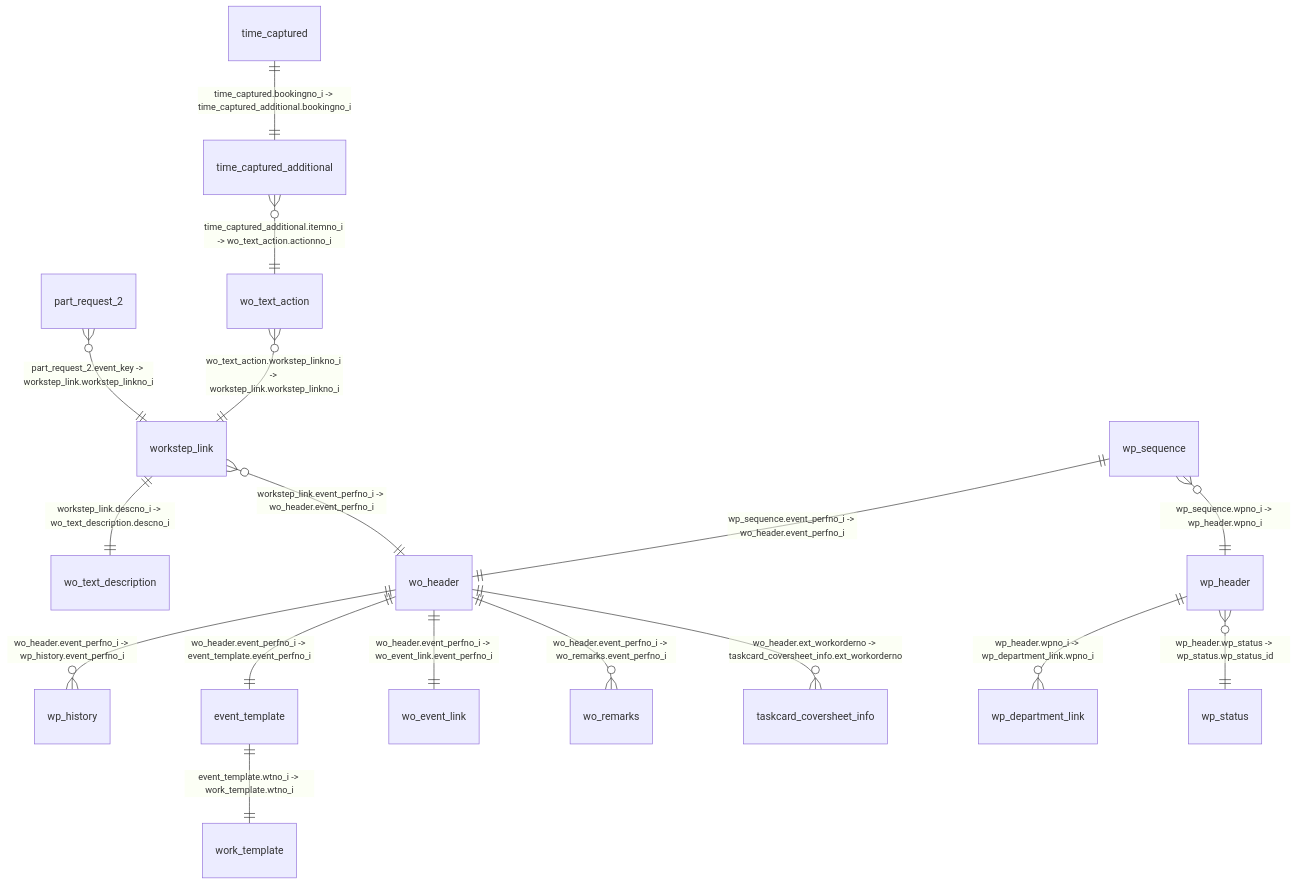
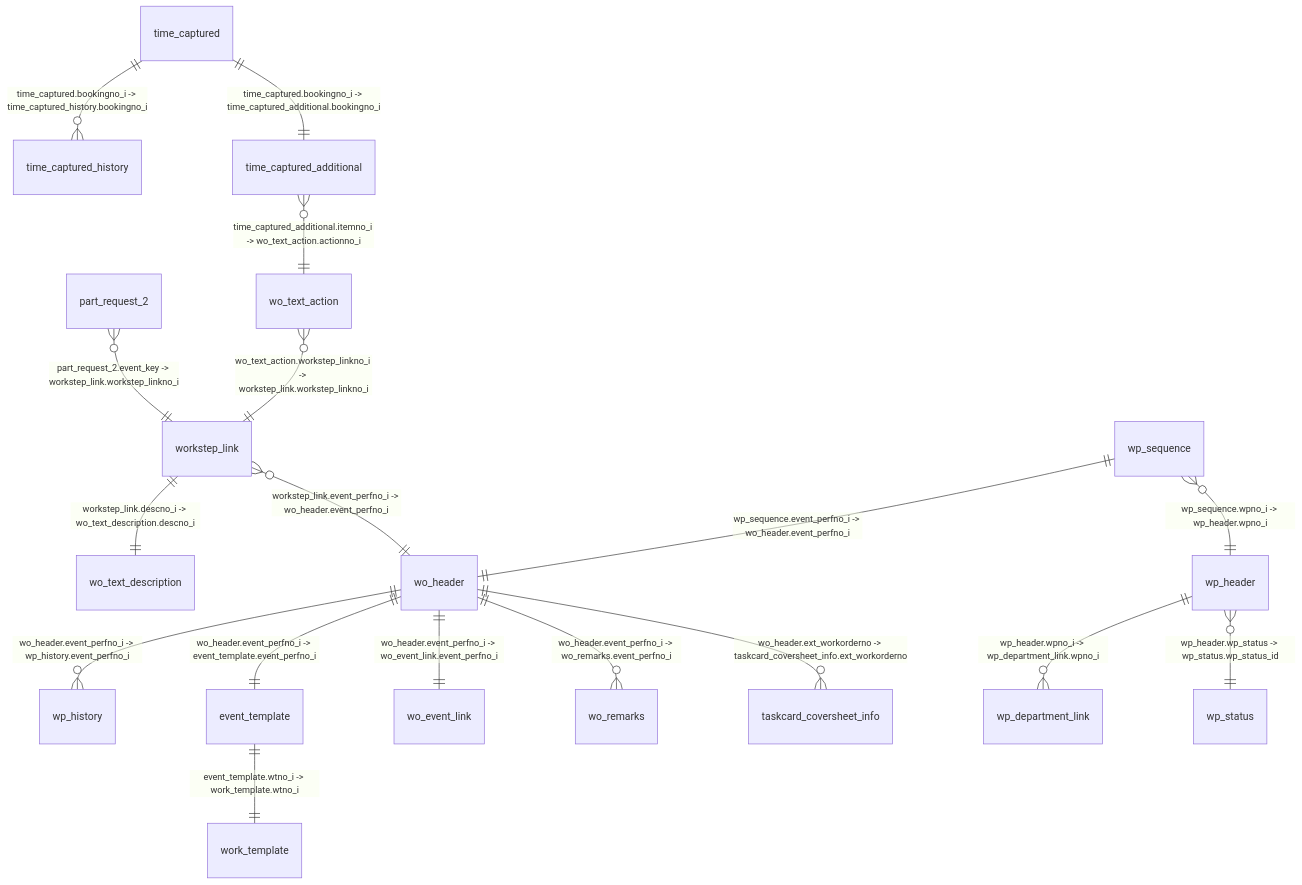
Before and after one commit to LongTran2989/AMOS-Extractor: the diagram in docs/generated/schema.md, drawn with Mermaid. The commit also changed other lines of this file and 5 other files, not shown here.

Commit message:
feat: add SQL queries, schema, and documentation for AMOS time bookings and history extraction

````diff
--- a/docs/generated/schema.md
+++ b/docs/generated/schema.md
@@ -7,19 +7,20 @@
 ```mermaid
 erDiagram
   part_request_2 }o--|| workstep_link : "part_request_2.event_key -> workstep_link.workstep_linkno_i"
   time_captured ||--|| time_captured_additional : "time_captured.bookingno_i -> time_captured_additional.bookingno_i"
+  time_captured ||--o{ time_captured_history : "time_captured.bookingno_i -> time_captured_history.bookingno_i"
   time_captured_additional }o--|| wo_text_action : "time_captured_additional.itemno_i -> wo_text_action.actionno_i"
   wo_header ||--o{ taskcard_coversheet_info : "wo_header.ext_workorderno -> taskcard_coversheet_info.ext_workorderno"
   wo_header ||--o{ wo_remarks : "wo_header.event_perfno_i -> wo_remarks.event_perfno_i"
   wo_header ||--|| wo_event_link : "wo_header.event_perfno_i -> wo_event_link.event_perfno_i"
   wo_header ||--|| event_template : "wo_header.event_perfno_i -> event_template.event_perfno_i"
   event_template ||--|| work_template : "event_template.wtno_i -> work_template.wtno_i"
   wo_header ||--o{ wp_history : "wo_header.event_perfno_i -> wp_history.event_perfno_i"
   wp_header }o--|| wp_status : "wp_header.wp_status -> wp_status.wp_status_id"
   wp_header ||--o{ wp_department_link : "wp_header.wpno_i -> wp_department_link.wpno_i"
   workstep_link }o--|| wo_header : "workstep_link.event_perfno_i -> wo_header.event_perfno_i"
   workstep_link ||--|| wo_text_description : "workstep_link.descno_i -> wo_text_description.descno_i"
   wo_text_action }o--|| workstep_link : "wo_text_action.workstep_linkno_i -> workstep_link.workstep_linkno_i"
   wp_sequence }o--|| wp_header : "wp_sequence.wpno_i -> wp_header.wpno_i"
   wp_sequence ||--|| wo_header : "wp_sequence.event_perfno_i -> wo_header.event_perfno_i"
 ```
````
